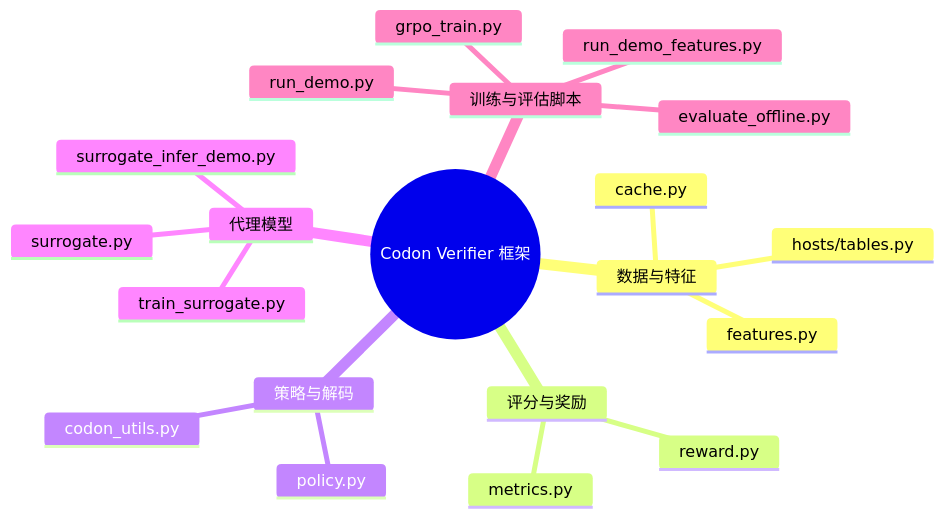
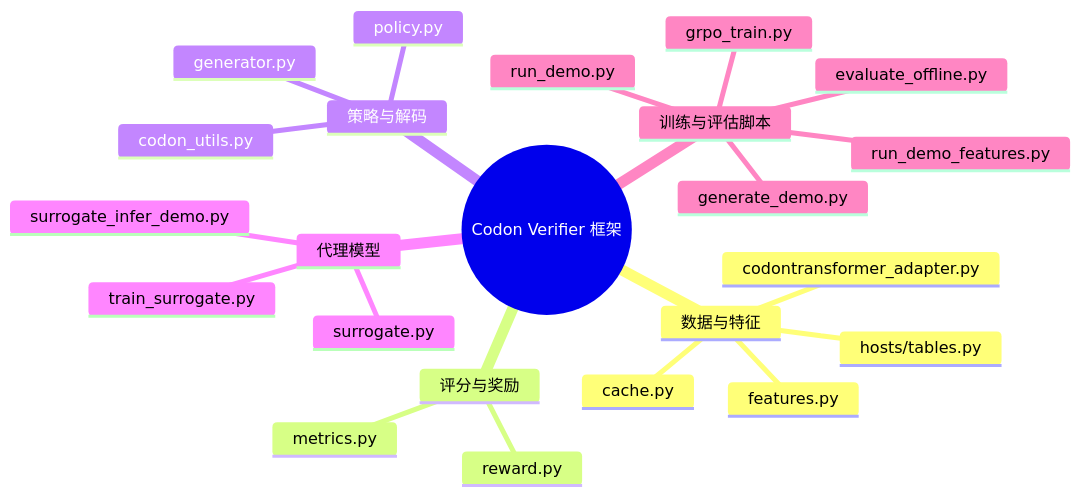
Before and after one commit to xiayh17/codon_verifier_ext: the diagram in docs/code_architecture.md, drawn with Mermaid. The commit also changed other lines of this file and 8 other files, not shown here.

````diff
--- a/docs/code_architecture.md
+++ b/docs/code_architecture.md
@@ -7,23 +7,26 @@
 ```mermaid
 mindmap
   root((Codon Verifier 框架))
     数据与特征
       features.py
       cache.py
       hosts/tables.py
+      codontransformer_adapter.py
     评分与奖励
       metrics.py
       reward.py
     策略与解码
       codon_utils.py
       policy.py
+      generator.py
     代理模型
       surrogate.py
       train_surrogate.py
       surrogate_infer_demo.py
     训练与评估脚本
       grpo_train.py
       evaluate_offline.py
       run_demo.py
       run_demo_features.py
+      generate_demo.py
 ```
````
